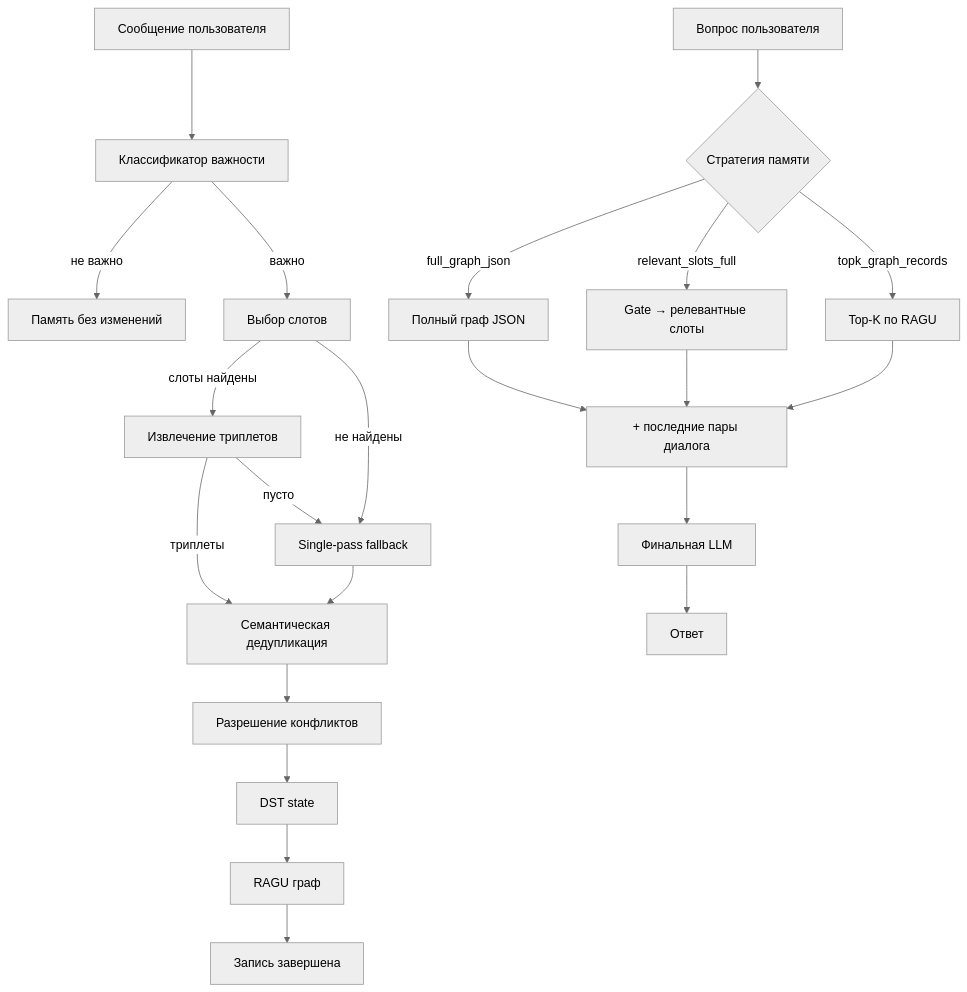
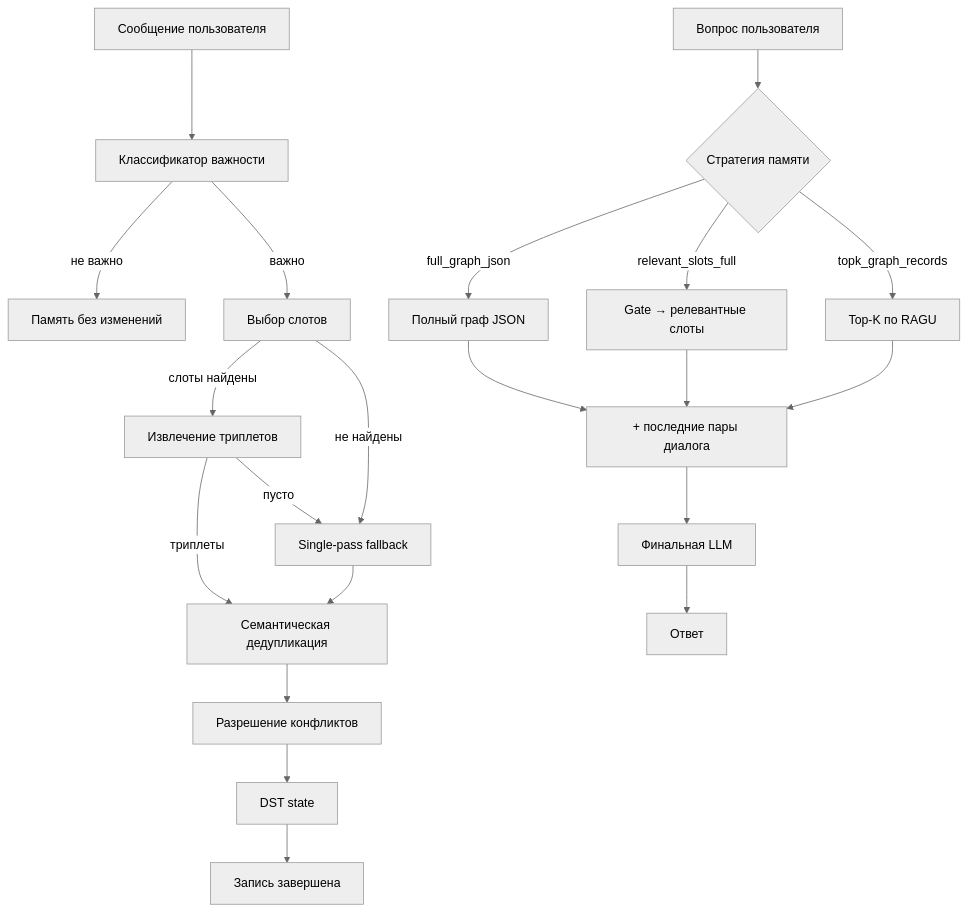
The diagram in README.md (KadilenkoIvan/GigaMemory), drawn with Mermaid (neutral theme) before and after one commit. The commit also changed other lines of this file and 3 other files, not shown here.

````diff
--- a/README.md
+++ b/README.md
@@ -199,23 +199,22 @@
 ```mermaid
 flowchart TD
     MSG[Сообщение пользователя] --> IMP[Классификатор важности]
     IMP -->|не важно| SKIP[Память без изменений]
     IMP -->|важно| SLOT[Выбор слотов]
     SLOT -->|слоты найдены| EXT[Извлечение триплетов]
     SLOT -->|не найдены| SP[Single-pass fallback]
     EXT -->|триплеты| DEDUP[Семантическая дедупликация]
     EXT -->|пусто| SP
     SP --> DEDUP
     DEDUP --> CONF[Разрешение конфликтов]
     CONF --> DST[DST state]
-    DST --> RAGU[RAGU граф]
-    RAGU --> DONE[Запись завершена]
+    DST --> DONE[Запись завершена]
 
     Q[Вопрос пользователя] --> STRAT{Стратегия памяти}
     STRAT -->|full_graph_json| FG[Полный граф JSON]
     STRAT -->|relevant_slots_full| RS[Gate → релевантные слоты]
     STRAT -->|topk_graph_records| TK[Top-K по RAGU]
     FG & RS & TK --> HIST[+ последние пары диалога]
     HIST --> LLM[Финальная LLM]
     LLM --> ANS[Ответ]
 ```
````
